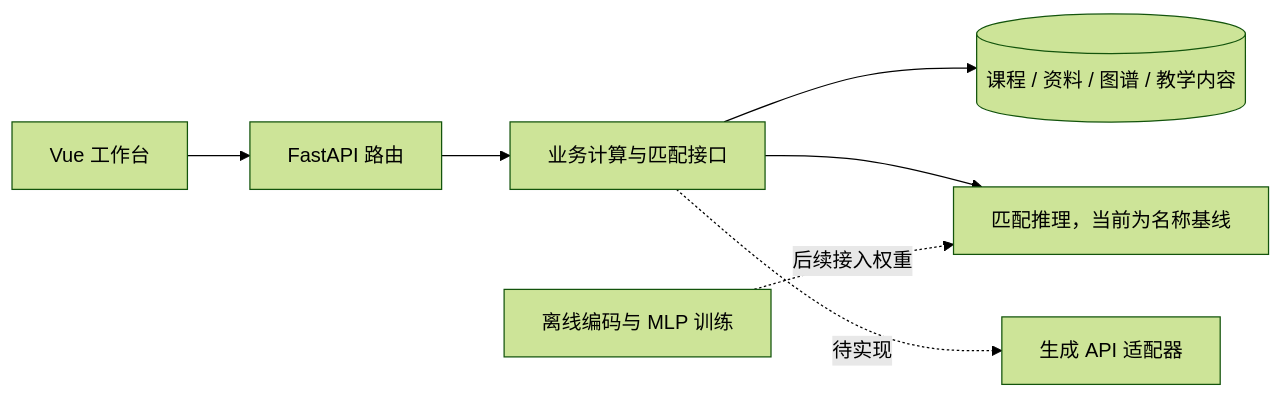
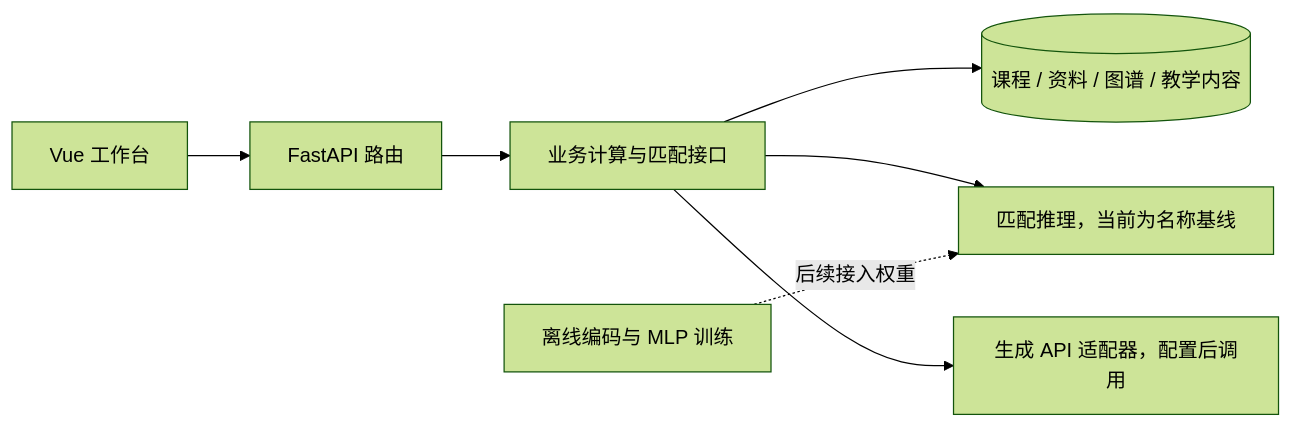
The diagram in docs/architecture.md (yu10032/nlp), drawn with Mermaid (forest theme) before and after one commit. The commit also changed other lines of this file and 33 other files, not shown here.

````diff
--- a/docs/architecture.md
+++ b/docs/architecture.md
@@ -9,9 +9,9 @@
 ```mermaid
 flowchart LR
   Web[Vue 工作台] --> API[FastAPI 路由]
   API --> Service[业务计算与匹配接口]
   Service --> DB[(课程 / 资料 / 图谱 / 教学内容)]
   Service --> Matcher[匹配推理，当前为名称基线]
   Train[离线编码与 MLP 训练] -. 后续接入权重 .-> Matcher
-  Service -. 待实现 .-> LLM[生成 API 适配器]
+  Service --> LLM[生成 API 适配器，配置后调用]
 ```
````
